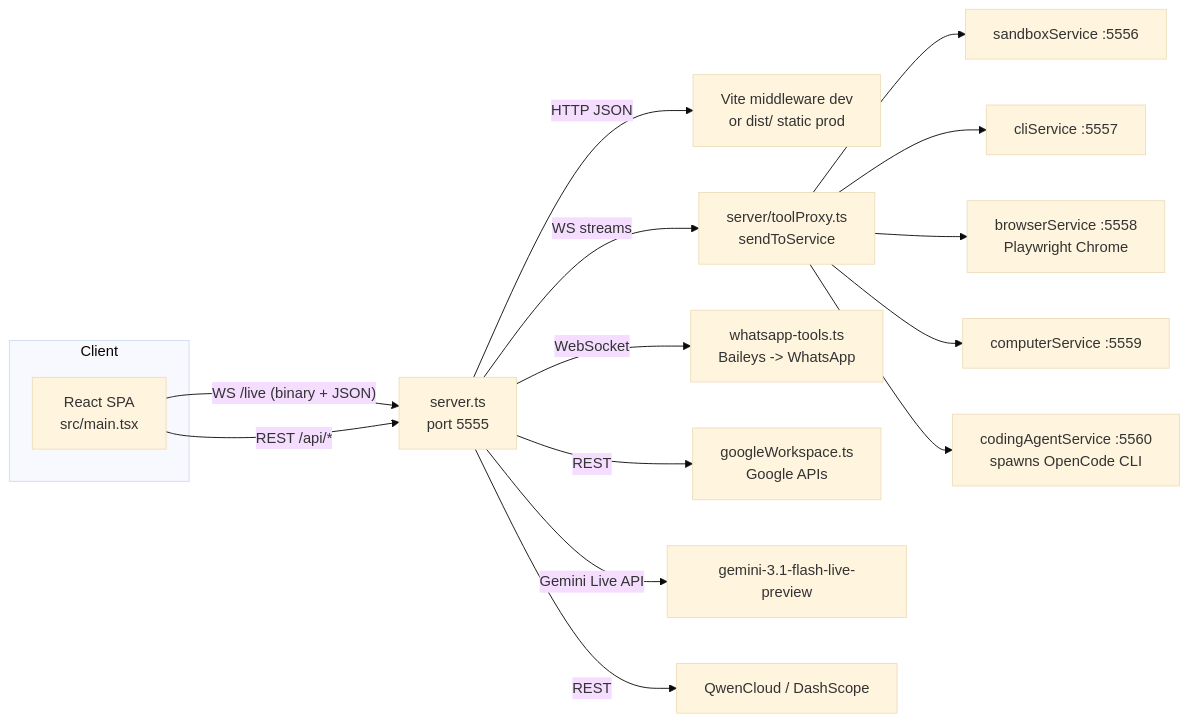
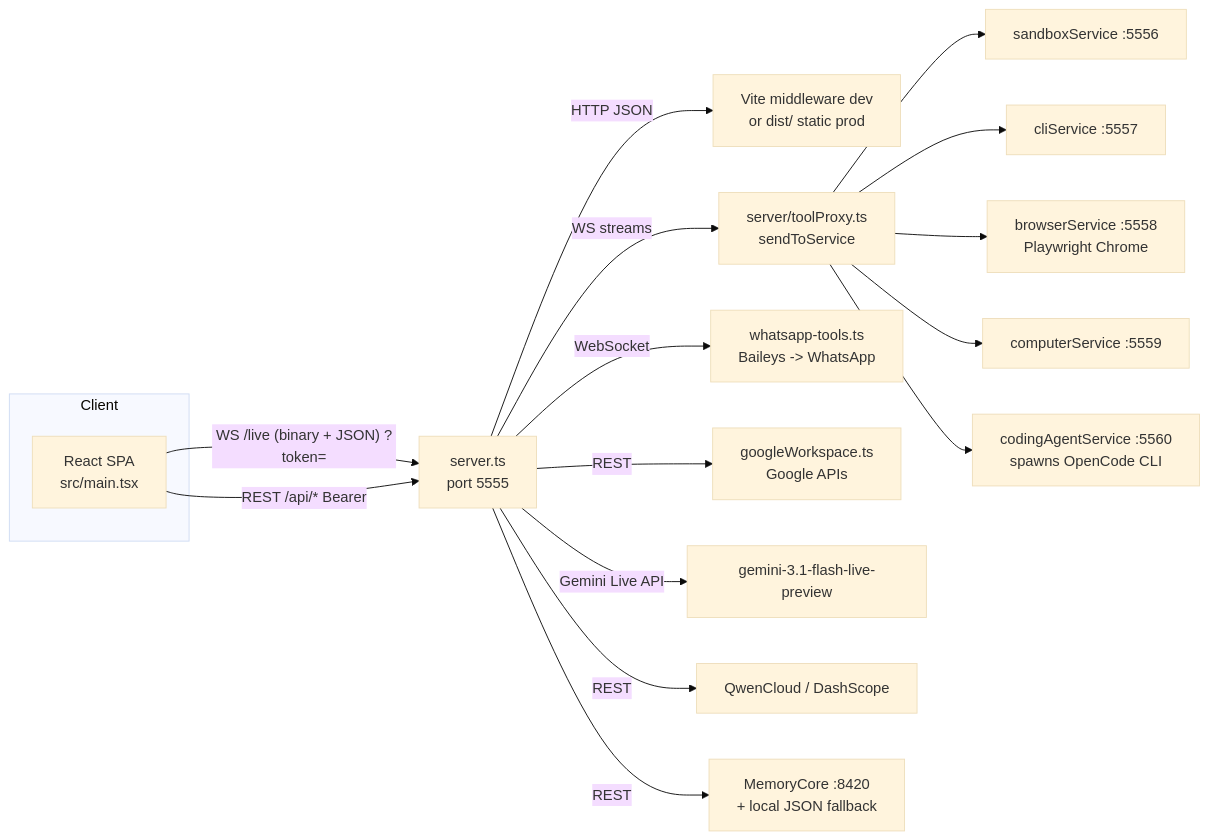
One commit to lovegold120221-dot/remix-beatrice-oss changed the first of 9 diagrams in APP_LOGIC.md. Above: the diagram before and after it, drawn with Mermaid (base theme). The commit also changed other lines of this file and 2 other files, not shown here.

Commit message:
docs: refresh FLOW.md/APP_LOGIC.md for auth, skill routing, declarations, memory fallback, video queue, task store

````diff
--- a/APP_LOGIC.md
+++ b/APP_LOGIC.md
@@ -7,19 +7,20 @@
 ```mermaid
 flowchart LR
     subgraph Client
       UI[React SPA<br/>src/main.tsx]
     end
-    UI -- "WS /live (binary + JSON)" --> SRV[server.ts<br/>port 5555]
-    UI -- "REST /api/*" --> SRV
+    UI -- "WS /live (binary + JSON) ?token=" --> SRV[server.ts<br/>port 5555]
+    UI -- "REST /api/* Bearer" --> SRV
     SRV -- "HTTP JSON" --> VITE[Vite middleware dev<br/>or dist/ static prod]
     SRV -- "WS streams" --> PROXY[server/toolProxy.ts<br/>sendToService]
     PROXY --> P1[sandboxService :5556]
     PROXY --> P2[cliService :5557]
     PROXY --> P3[browserService :5558<br/>Playwright Chrome]
     PROXY --> P4[computerService :5559]
     PROXY --> P5[codingAgentService :5560<br/>spawns OpenCode CLI]
     SRV -- "WebSocket" --> W[whatsapp-tools.ts<br/>Baileys -> WhatsApp]
     SRV -- "REST" --> G[googleWorkspace.ts<br/>Google APIs]
     SRV -- "Gemini Live API" --> L[gemini-3.1-flash-live-preview]
     SRV -- "REST" --> Q[QwenCloud / DashScope]
+    SRV -- "REST" --> M[MemoryCore :8420<br/>+ local JSON fallback]
 ```
````
